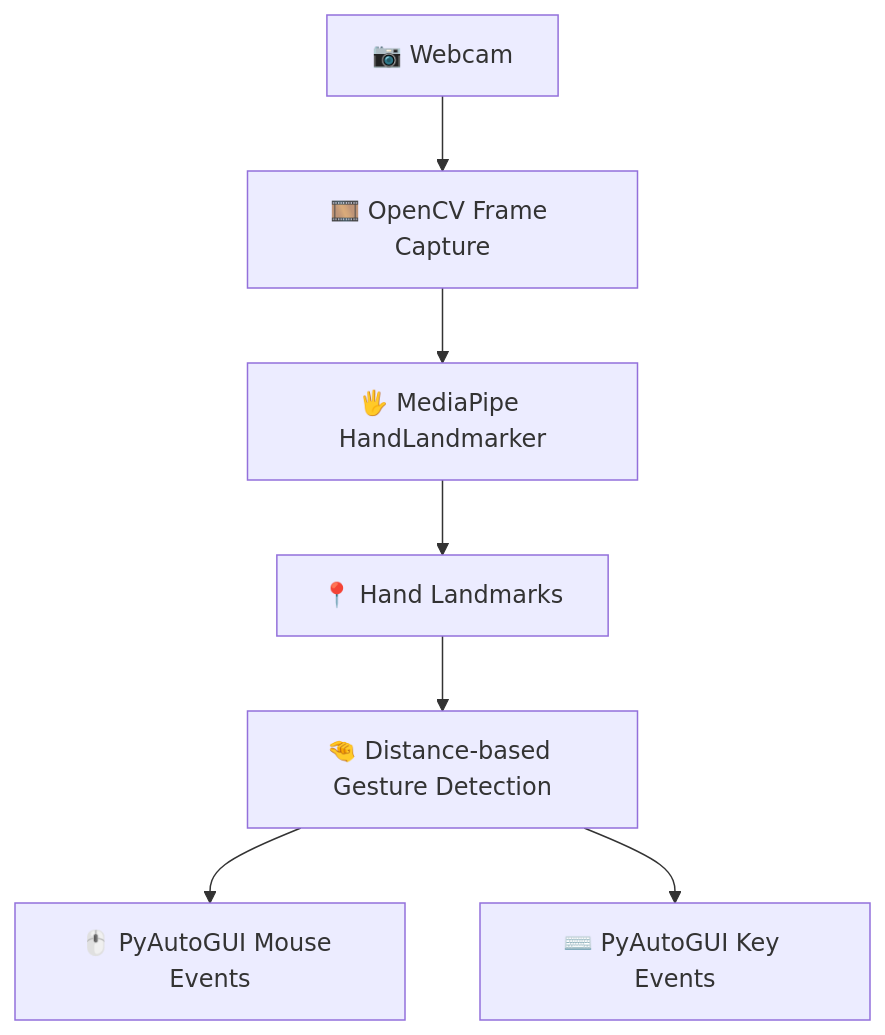
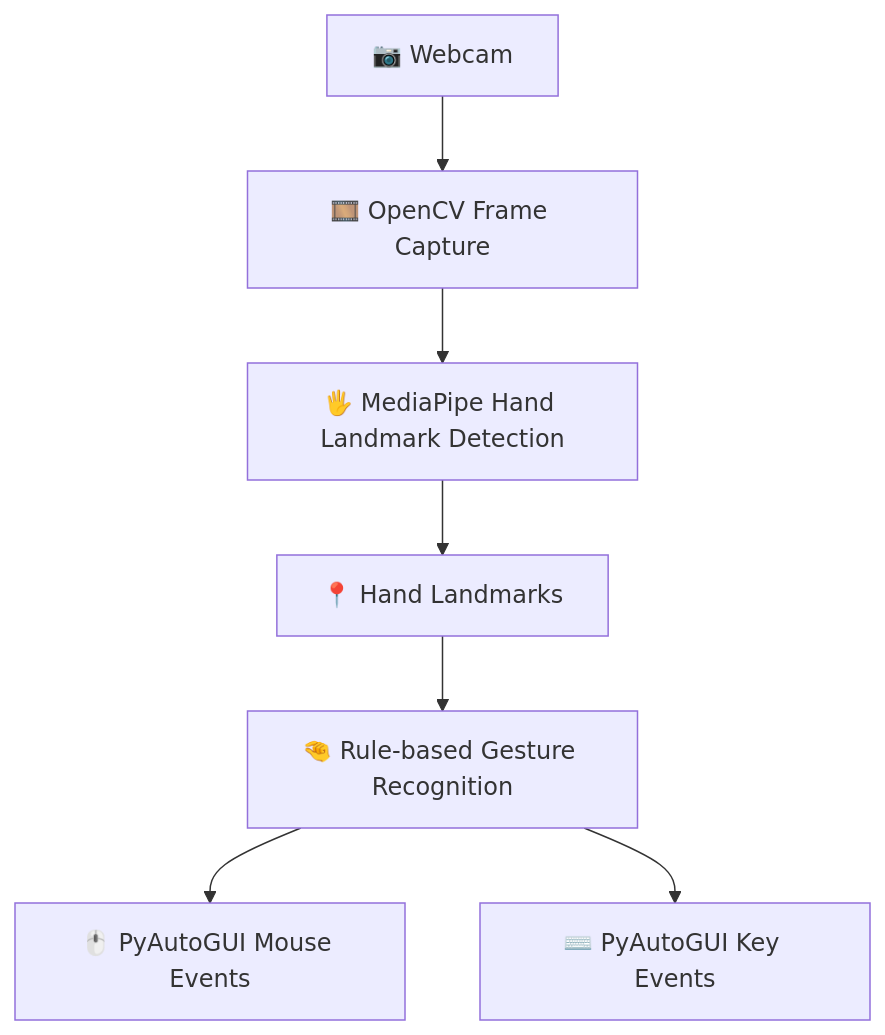
The diagram in README.md (Abithrekchneanbu/virtual-mouse-keyboard), drawn with Mermaid before and after one commit. The commit also changed other lines of this file, not shown here.

````diff
--- a/README.md
+++ b/README.md
@@ -110,9 +95,9 @@
 ```mermaid
 flowchart TD
     A[📷 Webcam] --> B[🎞️ OpenCV Frame Capture]
-    B --> C[🖐️ MediaPipe HandLandmarker]
+    B --> C[🖐️ MediaPipe Hand Landmark Detection]
     C --> D[📍 Hand Landmarks]
-    D --> E[🤏 Distance-based Gesture Detection]
+    D --> E[🤏 Rule-based Gesture Recognition]
     E --> F[🖱️ PyAutoGUI Mouse Events]
     E --> G[⌨️ PyAutoGUI Key Events]
 ```
````
